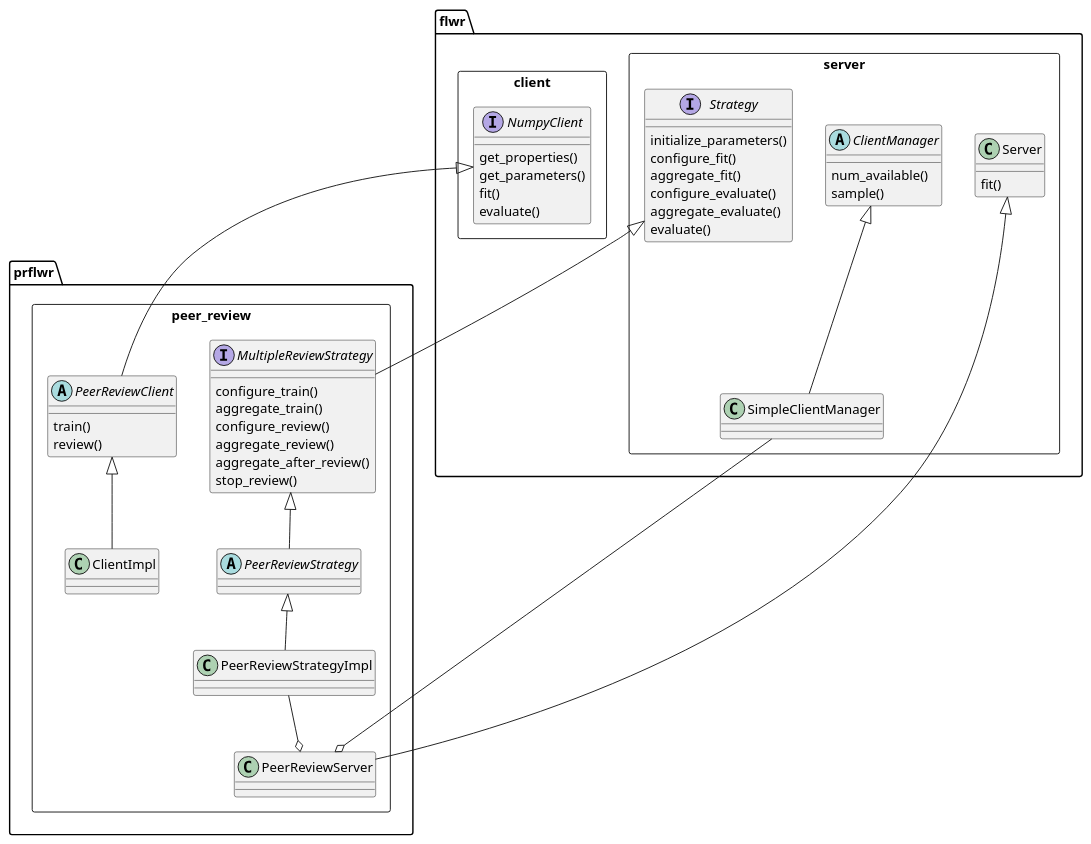
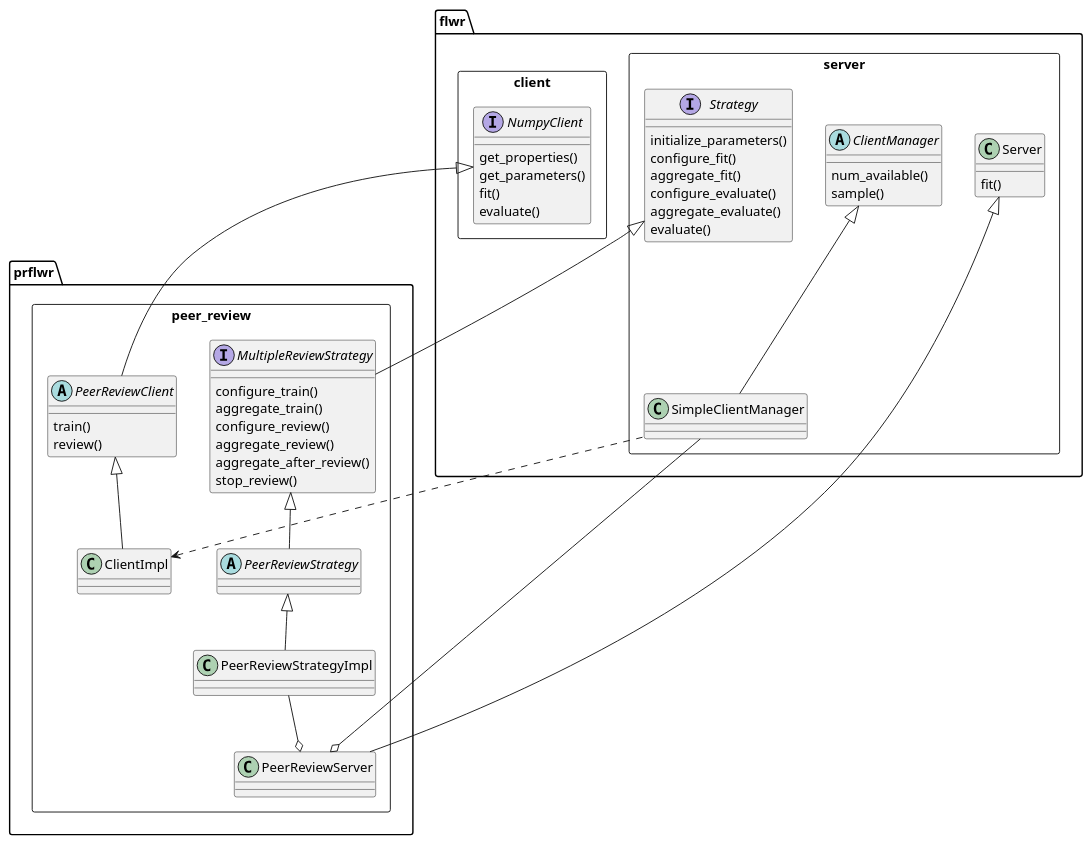
One commit to passerim/peer-review-flower changed the diagram in doc/imgs/classi.puml. Above: the diagram before and after it, drawn with PlantUML. The commit also changed 8 other files, not shown here.

```diff
--- a/doc/imgs/classi.puml
+++ b/doc/imgs/classi.puml
@@ -1,77 +1,78 @@
 @startuml classi
 package flwr.server <<Rectangle>> {
 
     class Server {
         fit()
     }
 
     interface Strategy {
         initialize_parameters()
         configure_fit()
         aggregate_fit()
         configure_evaluate()
         aggregate_evaluate()
         evaluate()
     }
 
     abstract ClientManager {
         num_available()
         sample()
     }
 
     class SimpleClientManager{
     }
 
 }
 
 package flwr.client <<Rectangle>> {
 
     interface NumpyClient {
         get_properties()
         get_parameters()
         fit()
         evaluate()
     }
 
 }
 
 package prflwr.peer_review <<Rectangle>> {
 
     abstract PeerReviewClient {
         train()
         review()
     }
 
     class ClientImpl{
     }
 
     class PeerReviewServer{
     }
 
     interface MultipleReviewStrategy {
         configure_train()
         aggregate_train()
         configure_review()
         aggregate_review()
         aggregate_after_review()
         stop_review()
     }
 
     abstract PeerReviewStrategy {
     }
 
     class PeerReviewStrategyImpl{
     }
 
 }
 
 ClientManager <|-- SimpleClientManager
 Server <|-- PeerReviewServer
 PeerReviewClient <|-- ClientImpl
 NumpyClient <|-- PeerReviewClient
 Strategy <|-- MultipleReviewStrategy
 MultipleReviewStrategy <|-- PeerReviewStrategy
 PeerReviewStrategy <|-- PeerReviewStrategyImpl
 PeerReviewStrategyImpl --o PeerReviewServer
 SimpleClientManager --o PeerReviewServer
+ClientImpl <.. SimpleClientManager
 @enduml
```
